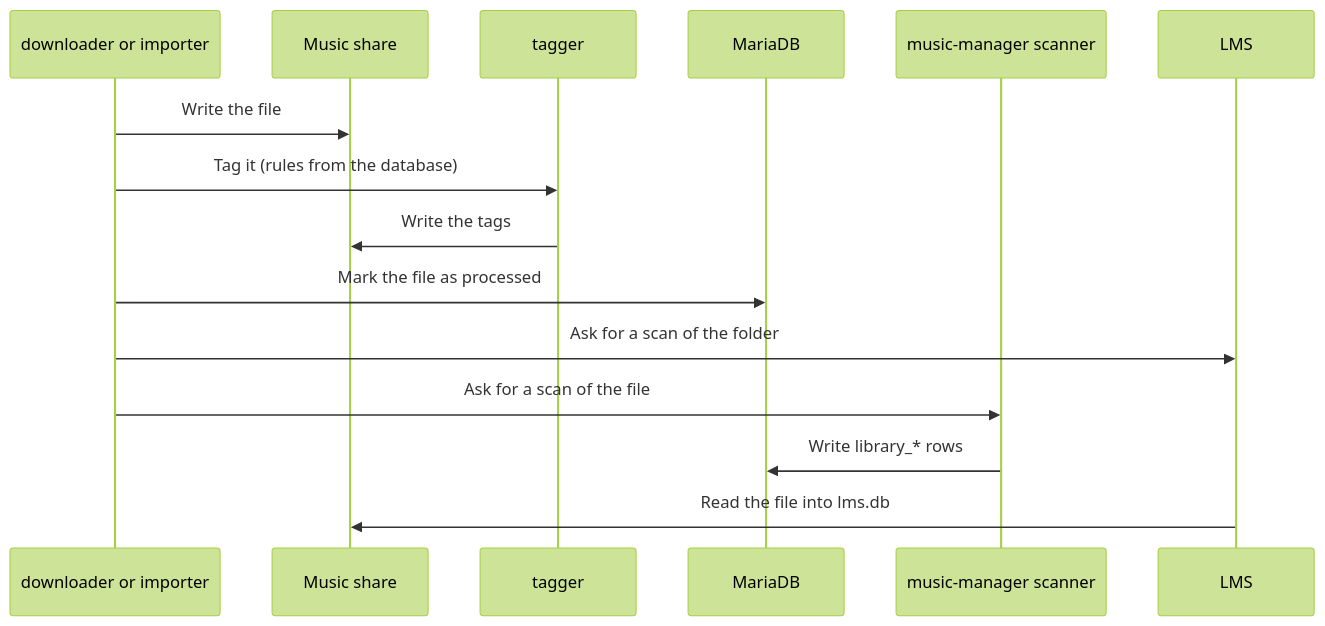
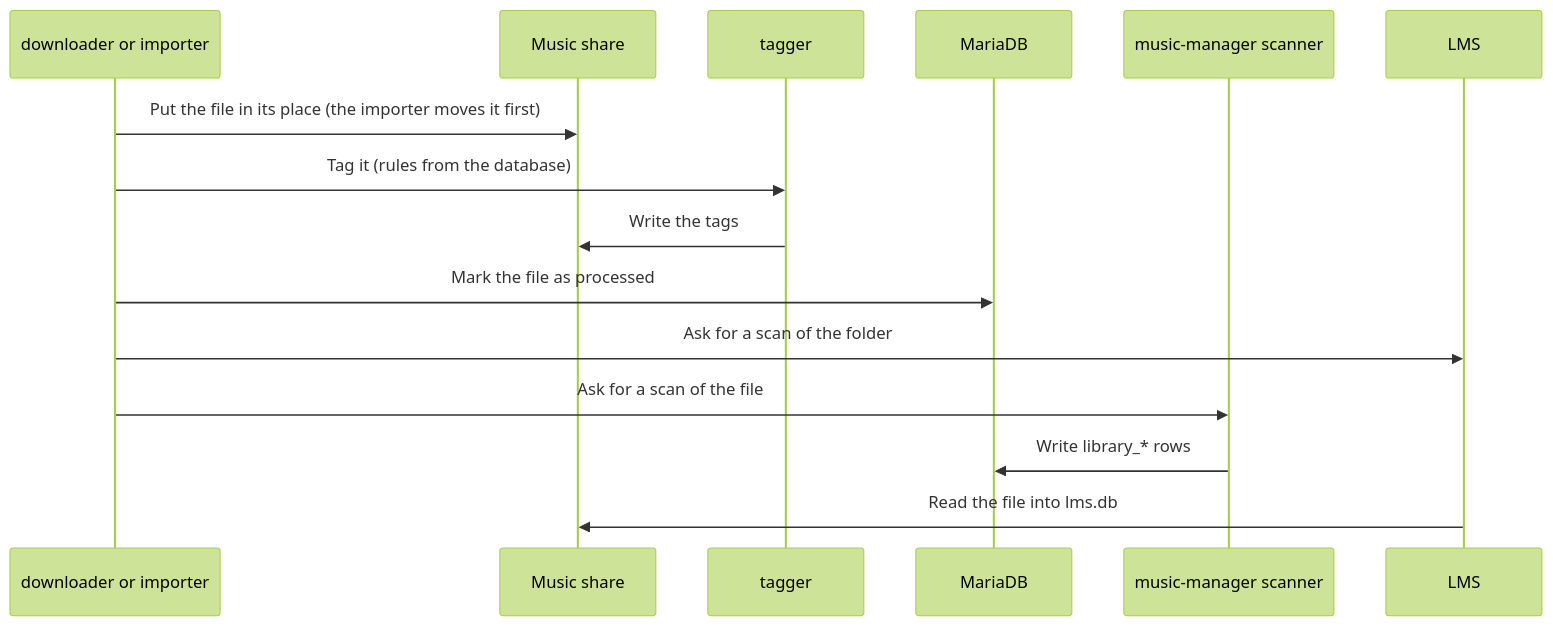
One commit to tsshadow/music-management changed the diagram in docs/architecture.md. Above: the diagram before and after it, drawn with Mermaid (forest theme). The commit also changed other lines of this file, not shown here.

First line of the commit message:
docs: architecture review fixes (GL-189 step 7c-3)

````diff
--- a/docs/architecture.md
+++ b/docs/architecture.md
@@ -60,18 +66,18 @@
 ```mermaid
 sequenceDiagram
     participant W as downloader or importer
     participant FS as Music share
     participant T as tagger
     participant DB as MariaDB
     participant MM as music-manager scanner
     participant LMS as LMS
 
-    W->>FS: Write the file
+    W->>FS: Put the file in its place (the importer moves it first)
     W->>T: Tag it (rules from the database)
     T->>FS: Write the tags
     W->>DB: Mark the file as processed
     W->>LMS: Ask for a scan of the folder
     W->>MM: Ask for a scan of the file
     MM->>DB: Write library_* rows
     LMS->>FS: Read the file into lms.db
 ```
````
